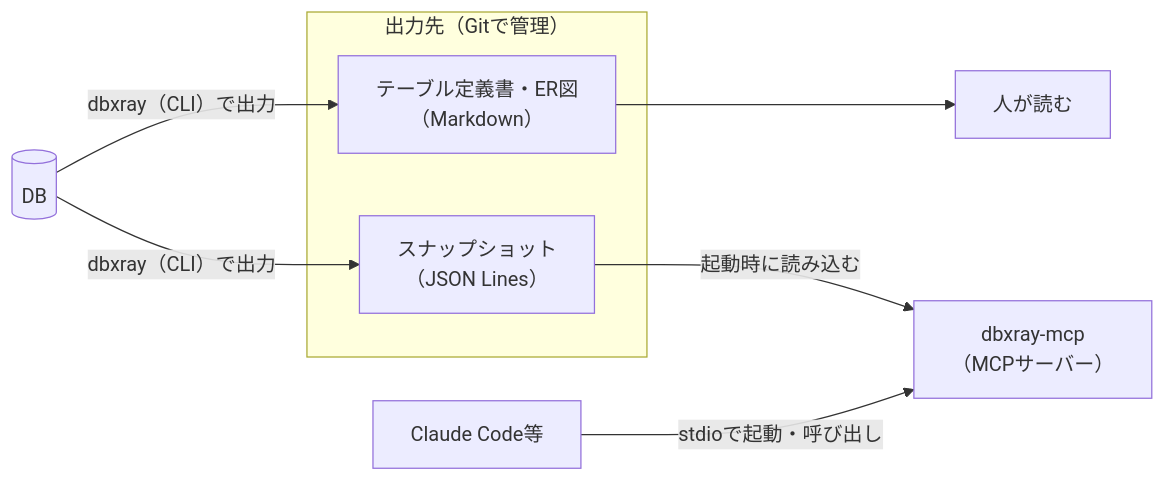
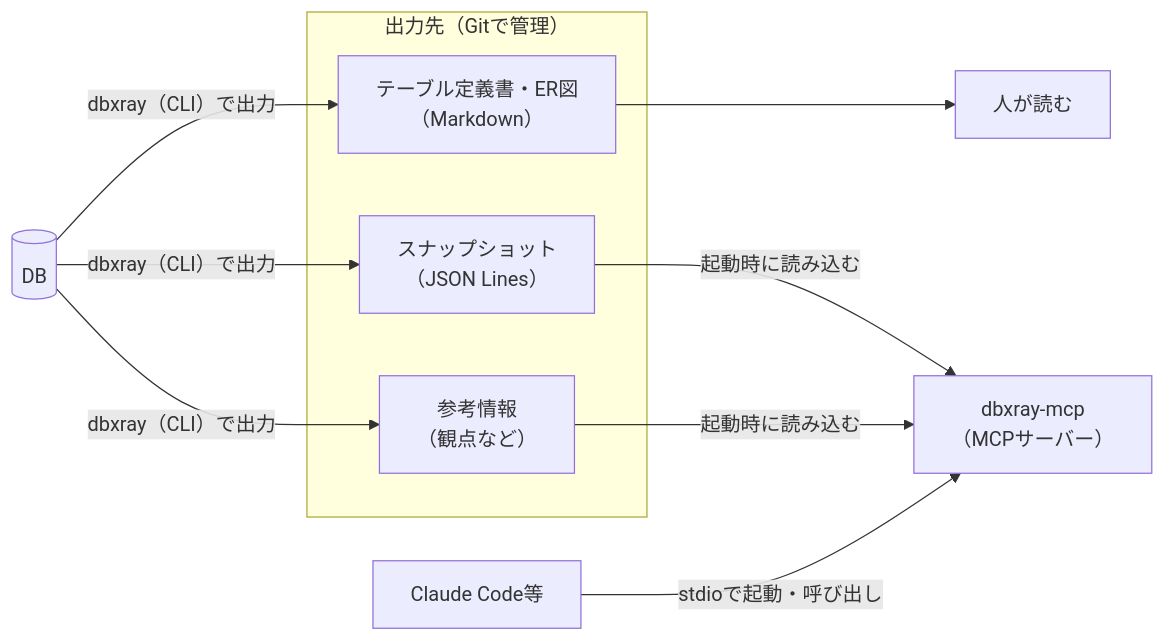
One commit to ebichan88/qiita-ebichan88 changed the third of 3 diagrams in public/dbxray.md. Above: the diagram before and after it, drawn with Mermaid. The commit also changed other lines of this file, not shown here.

````diff
--- a/public/dbxray.md
+++ b/public/dbxray.md
@@ -413,12 +418,15 @@
 ```mermaid
 flowchart LR
     DB[(DB)] -->|dbxray（CLI）で出力| MD
     DB -->|dbxray（CLI）で出力| SNAP
+    DB -->|dbxray（CLI）で出力| INS
     subgraph GIT[出力先（Gitで管理）]
         MD[テーブル定義書・ER図<br>（Markdown）]
         SNAP[スナップショット<br>（JSON Lines）]
+        INS[参考情報<br>（観点など）]
     end
     MD --> HUMAN[人が読む]
     SNAP -->|起動時に読み込む| MCP[dbxray-mcp<br>（MCPサーバー）]
+    INS -->|起動時に読み込む| MCP
     AI[Claude Code等] -->|stdioで起動・呼び出し| MCP
 ```
````
